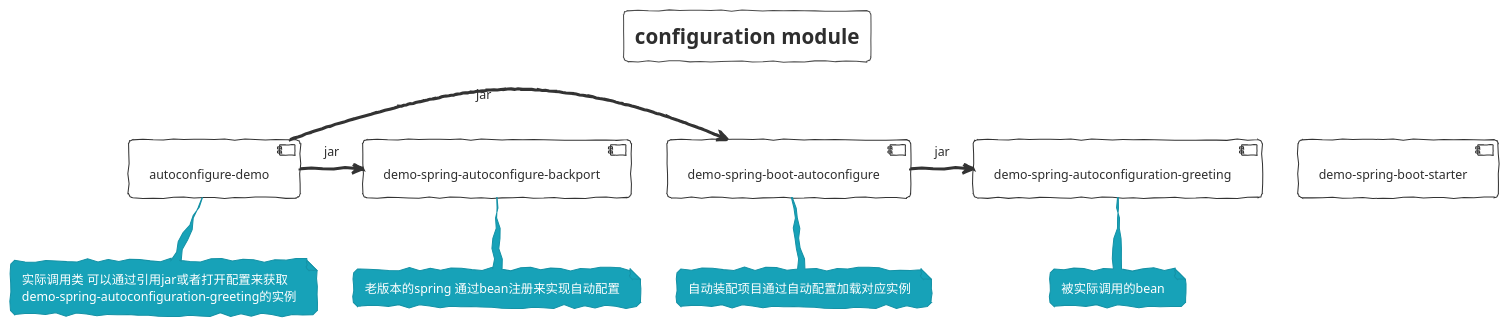
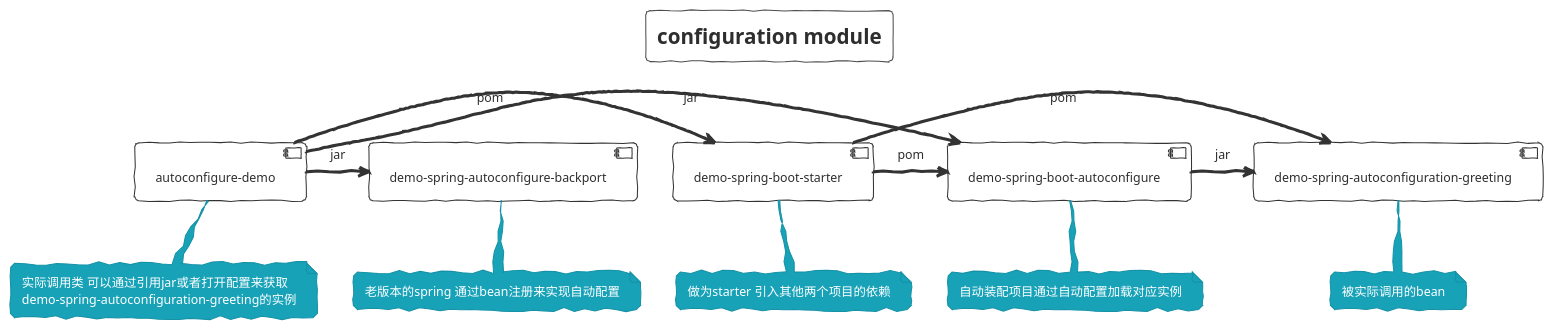
Before and after one commit to FantasybabyChange/springStudyProject: the diagram in spring-boot-configuration/Module.puml, drawn with PlantUML. The commit also changed 3 other files, not shown here.

Commit message:
add uml about module

```diff
--- a/spring-boot-configuration/Module.puml
+++ b/spring-boot-configuration/Module.puml
@@ -1,25 +1,32 @@
 @startuml CONFIGURATION_MODULE
 !theme sketchy-outline
 title configuration module
 [autoconfigure-demo] as ad
 [demo-spring-autoconfiguration-greeting] as dge
 [demo-spring-boot-autoconfigure] as dsa
 [demo-spring-autoconfigure-backport] as dacb
 [demo-spring-boot-starter] as dsbs
 note bottom of dge
    被实际调用的bean
 end note
 note bottom of dsa
    自动装配项目通过自动配置加载对应实例
 end note
 note bottom of ad
    实际调用类 可以通过引用jar或者打开配置来获取
    demo-spring-autoconfiguration-greeting的实例
 end note
 note bottom of dacb
    老版本的spring 通过bean注册来实现自动配置
 end note
+
+note bottom of dsbs
+做为starter 引入其他两个项目的依赖
+end note
+dsbs->dge:pom
+dsbs->dsa:pom
+ad->dsbs:pom
 ad ->dsa:jar 
 dsa ->dge:jar 
 ad ->dacb:jar
 @enduml
```
